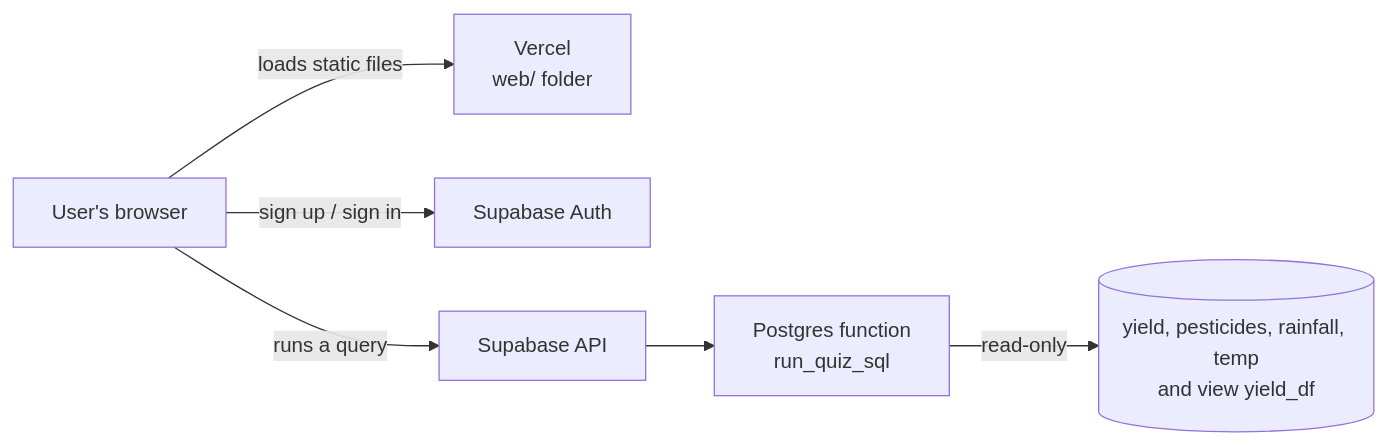
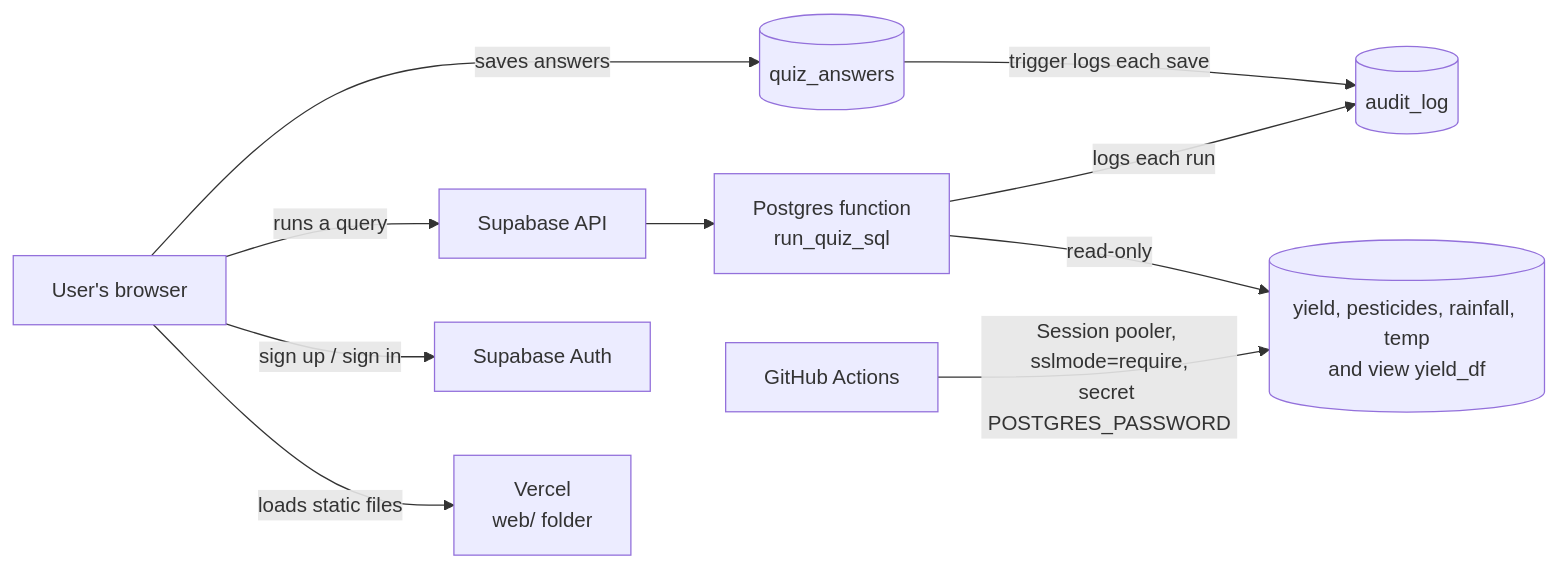
Before and after one commit to BlueWolfpack/IDS706-SQL_Quiz: the diagram in README.md, drawn with Mermaid. The commit also changed other lines of this file and 8 other files, not shown here.

First line of the commit message:
Add GitHub Actions check, saving answers, and README updates

````diff
--- a/README.md
+++ b/README.md
@@ -97,8 +99,12 @@
 ```mermaid
 flowchart LR
     U[User's browser] -->|loads static files| V[Vercel<br/>web/ folder]
     U -->|sign up / sign in| A[Supabase Auth]
     U -->|runs a query| P[Supabase API]
     P --> F[Postgres function<br/>run_quiz_sql]
     F -->|read-only| D[(yield, pesticides, rainfall, temp<br/>and view yield_df)]
+    F -->|logs each run| L[(audit_log)]
+    U -->|saves answers| S[(quiz_answers)]
+    S -->|trigger logs each save| L
+    G[GitHub Actions] -->|Session pooler, sslmode=require,<br/>secret POSTGRES_PASSWORD| D
 ```
````
